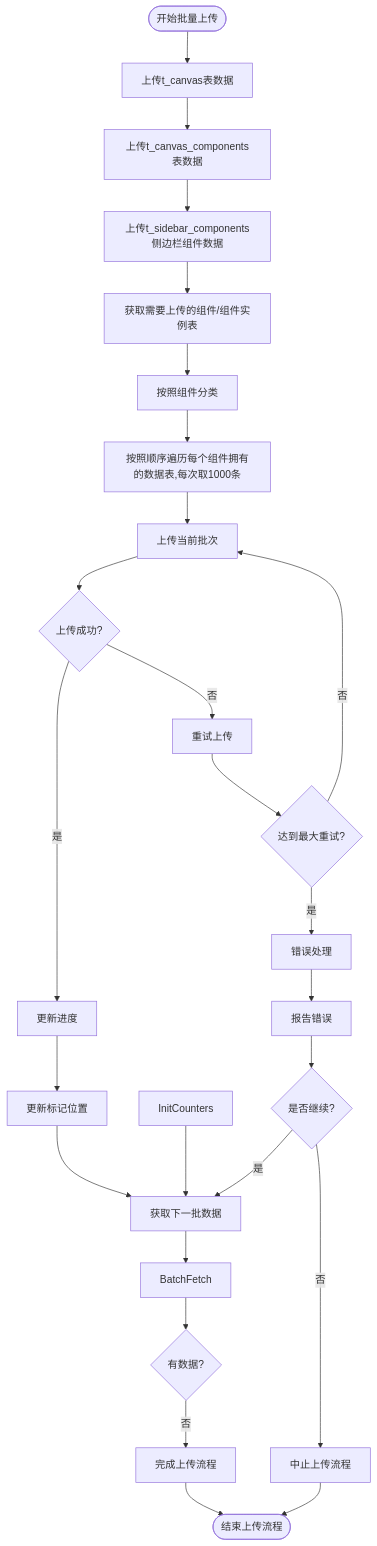
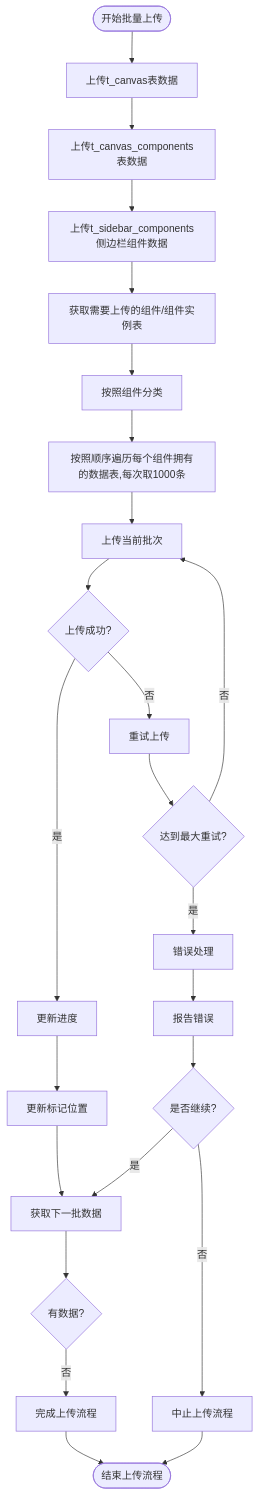
One commit to yingjianzh/iodraw-files changed the diagram in all/未命名-51.md. Above: the diagram before and after it, drawn with Mermaid.

Commit message:
2025-05-08 17:32:56 update

````diff
--- a/all/未命名-51.md
+++ b/all/未命名-51.md
@@ -1,40 +1,35 @@
 ```mermaid
 flowchart TD
     Start([开始批量上传]) --> UploadSpaceData[上传t_canvas表数据]
     UploadSpaceData --> UploadComponentListData[上传t_canvas_components表数据]
     UploadComponentListData --> UploadSiderComponent[上传t_sidebar_components侧边栏组件数据]
     UploadSiderComponent --> FetchData[获取需要上传的组件/组件实例表]
     FetchData --> ClassifyData[按照组件分类]
     ClassifyData --> UploadData[按照顺序遍历每个组件拥有的数据表,每次取1000条]
     UploadData --> UploadBatch[上传当前批次]
     
     UpdateProgress --> UpdateMarker[更新标记位置]
     UpdateMarker --> FetchNextBatch[获取下一批数据]
     
-    InitCounters --> FetchNextBatch
-    
-    
-    FetchNextBatch --> BatchFetch
-    
-    BatchFetch --> CheckResults{有数据?}
+    FetchNextBatch --> CheckResults{有数据?}
     CheckResults -->|否| CompleteUpload[完成上传流程]
      
     
     UploadBatch --> UploadSuccess{上传成功?}
     UploadSuccess -->|是| UpdateProgress[更新进度]
     UploadSuccess -->|否| RetryUpload[重试上传]
     
     RetryUpload --> MaxRetries{达到最大重试?}
     MaxRetries -->|否| UploadBatch
     MaxRetries -->|是| ErrorHandling[错误处理]
     
     ErrorHandling --> ReportError[报告错误]
     ReportError --> ContinueOption{是否继续?}
     ContinueOption -->|是| FetchNextBatch
     ContinueOption -->|否| AbortProcess[中止上传流程]
     
     
     
     CompleteUpload --> End([结束上传流程])
     AbortProcess --> End
 ```
````
